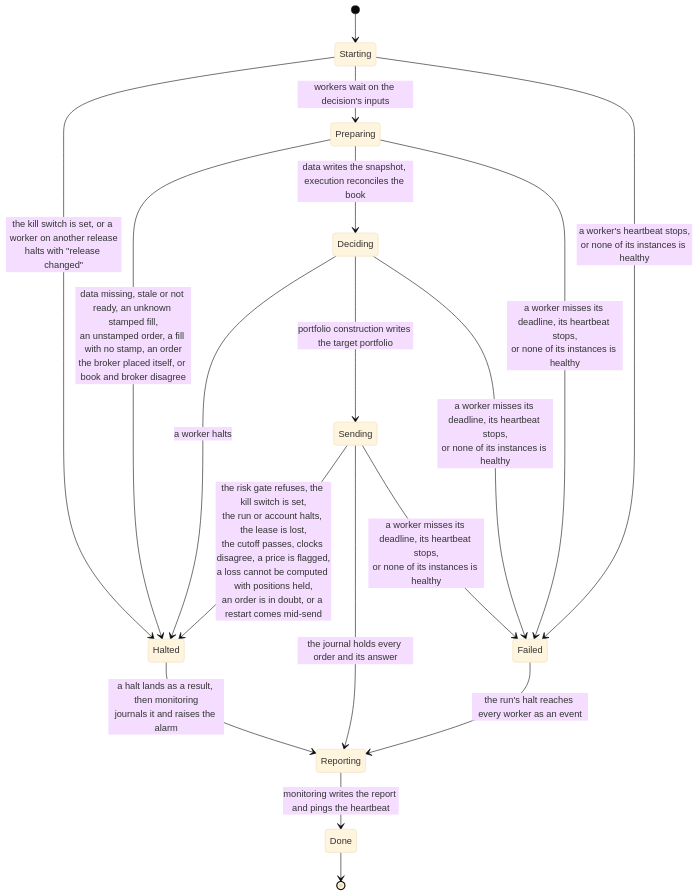
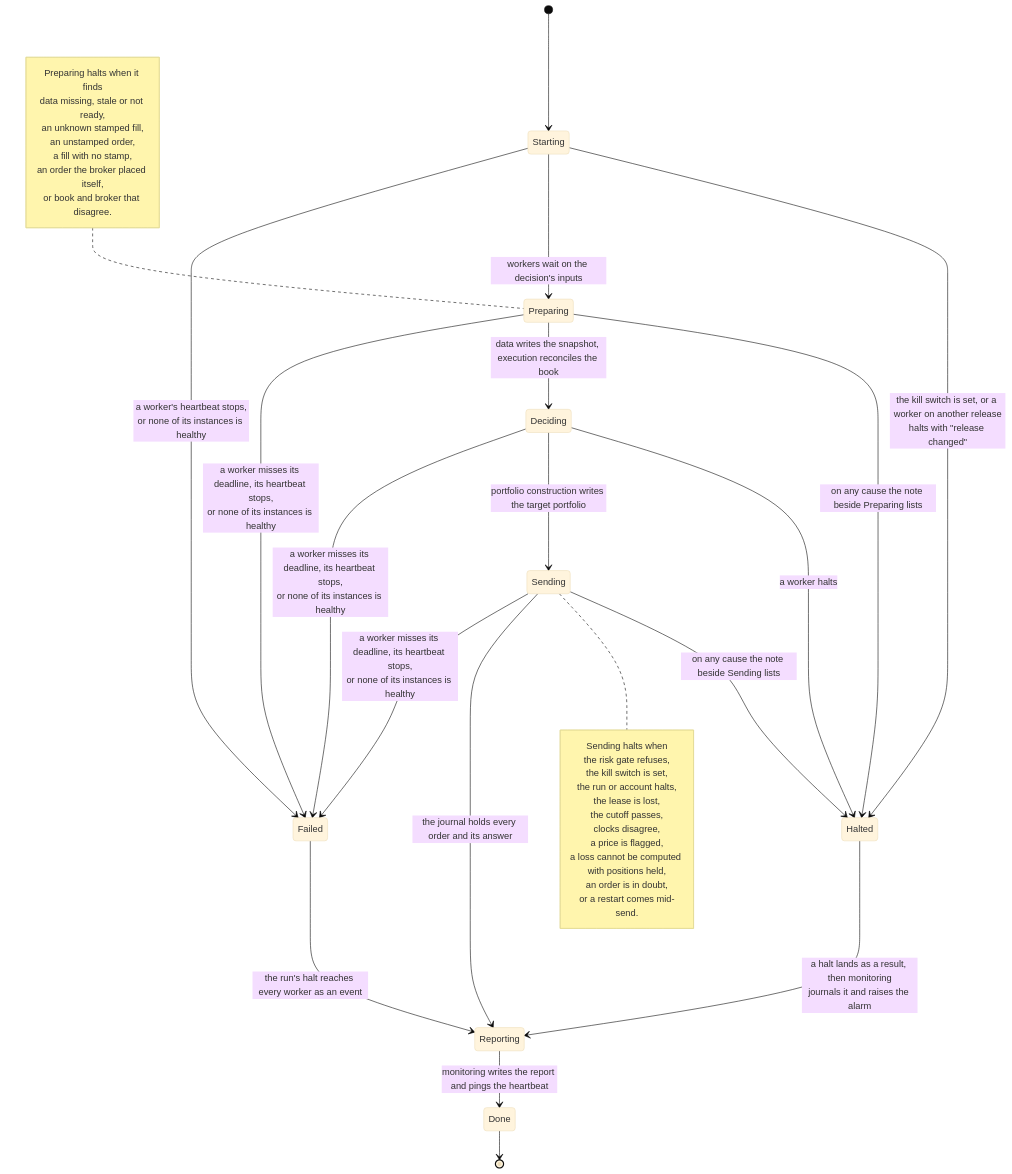
Before and after one commit to l3a0/ithildin-runtime: diagram 17 of 17 in docs/architecture/06-runtime.md, drawn with Mermaid (base theme). The commit also changed other lines of this file and 11 other files, not shown here.

First line of the commit message:
docs: break up the walls of text and crowded diagram labels in the slice 1 docs (#71)

````diff
--- a/docs/architecture/06-runtime.md
+++ b/docs/architecture/06-runtime.md
@@ -1044,20 +1077,42 @@
 ```mermaid
 stateDiagram-v2
     [*] --> Starting
     Starting --> Halted: the kill switch is set, or a worker on another release<br/>halts with "release changed"
     Starting --> Preparing: workers wait on the decision's inputs
-    Preparing --> Halted: data missing, stale or not ready, an unknown stamped fill,<br/>an unstamped order, a fill with no stamp, an order<br/>the broker placed itself, or book and broker disagree
+    Preparing --> Halted: on any cause the note beside Preparing lists
+    note left of Preparing
+        Preparing halts when it finds
+        data missing, stale or not ready,
+        an unknown stamped fill,
+        an unstamped order,
+        a fill with no stamp,
+        an order the broker placed itself,
+        or book and broker that disagree.
+    end note
     Preparing --> Deciding: data writes the snapshot, execution reconciles the book
     Deciding --> Halted: a worker halts
     Deciding --> Sending: portfolio construction writes the target portfolio
-    Sending --> Halted: the risk gate refuses, the kill switch is set,<br/>the run or account halts, the lease is lost,<br/>the cutoff passes, clocks disagree, a price is flagged,<br/>a loss cannot be computed with positions held,<br/>an order is in doubt, or a restart comes mid-send
+    Sending --> Halted: on any cause the note beside Sending lists
+    note right of Sending
+        Sending halts when
+        the risk gate refuses,
+        the kill switch is set,
+        the run or account halts,
+        the lease is lost,
+        the cutoff passes,
+        clocks disagree,
+        a price is flagged,
+        a loss cannot be computed with positions held,
+        an order is in doubt,
+        or a restart comes mid-send.
+    end note
     Sending --> Reporting: the journal holds every order and its answer
     Halted --> Reporting: a halt lands as a result, then monitoring<br/>journals it and raises the alarm
     Reporting --> Done: monitoring writes the report and pings the heartbeat
     Done --> [*]
     Starting --> Failed: a worker's heartbeat stops,<br/>or none of its instances is healthy
     Preparing --> Failed: a worker misses its deadline, its heartbeat stops,<br/>or none of its instances is healthy
     Deciding --> Failed: a worker misses its deadline, its heartbeat stops,<br/>or none of its instances is healthy
     Sending --> Failed: a worker misses its deadline, its heartbeat stops,<br/>or none of its instances is healthy
     Failed --> Reporting: the run's halt reaches every worker as an event
 ```
````
